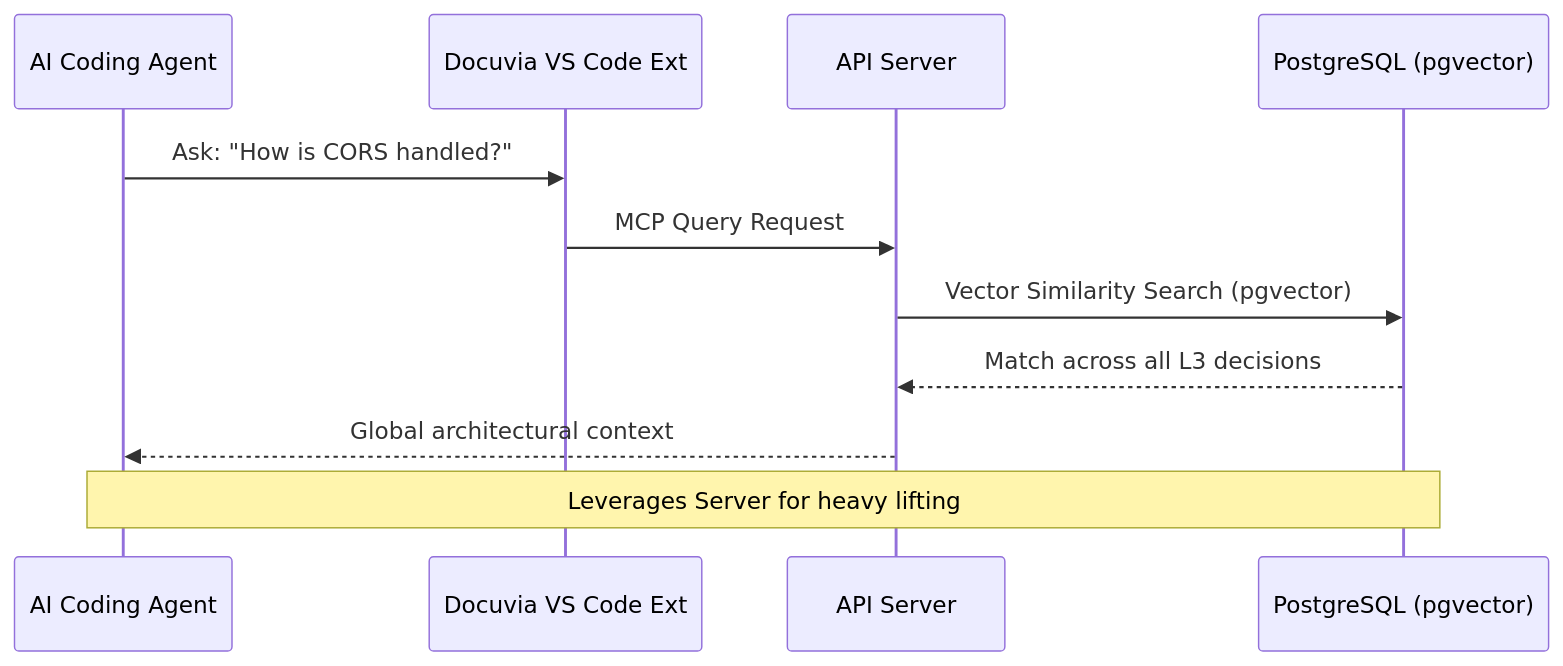
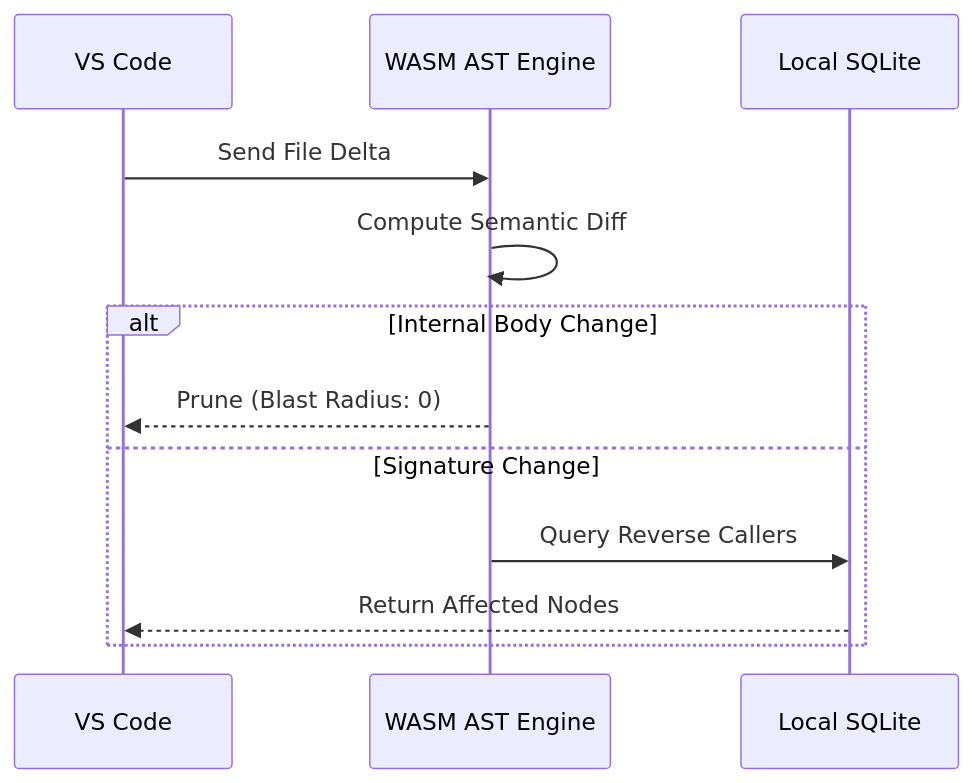
One commit to dyphn1/Docuvia changed the third of 3 diagrams in docs/gitbook/architecture/runtime-scenarios.md. Above: the diagram before and after it, drawn with Mermaid. The commit also changed other lines of this file and 113 other files, not shown here.

First line of the commit message:
refactor(docs): reorganize roadmap and arch docs

````diff
--- a/docs/gitbook/architecture/runtime-scenarios.md
+++ b/docs/gitbook/architecture/runtime-scenarios.md
@@ -263,14 +64,15 @@
 ```mermaid
 sequenceDiagram
-    participant Agent as AI Coding Agent
-    participant VSC as Docuvia VS Code Ext
-    participant API as API Server
-    participant DB as PostgreSQL (pgvector)
+    participant IDE as VS Code
+    participant AST as WASM AST Engine
+    participant Graph as Local SQLite
 
-    Agent->>VSC: Ask: "How is CORS handled?"
-    VSC->>API: MCP Query Request
-    API->>DB: Vector Similarity Search (pgvector)
-    DB-->>API: Match across all L3 decisions
-    API-->>Agent: Global architectural context
-    Note over Agent,DB: Leverages Server for heavy lifting
+    IDE->>AST: Send File Delta
+    AST->>AST: Compute Semantic Diff
+    alt Internal Body Change
+        AST-->>IDE: Prune (Blast Radius: 0)
+    else Signature Change
+        AST->>Graph: Query Reverse Callers
+        Graph-->>IDE: Return Affected Nodes
+    end
 ```
````
